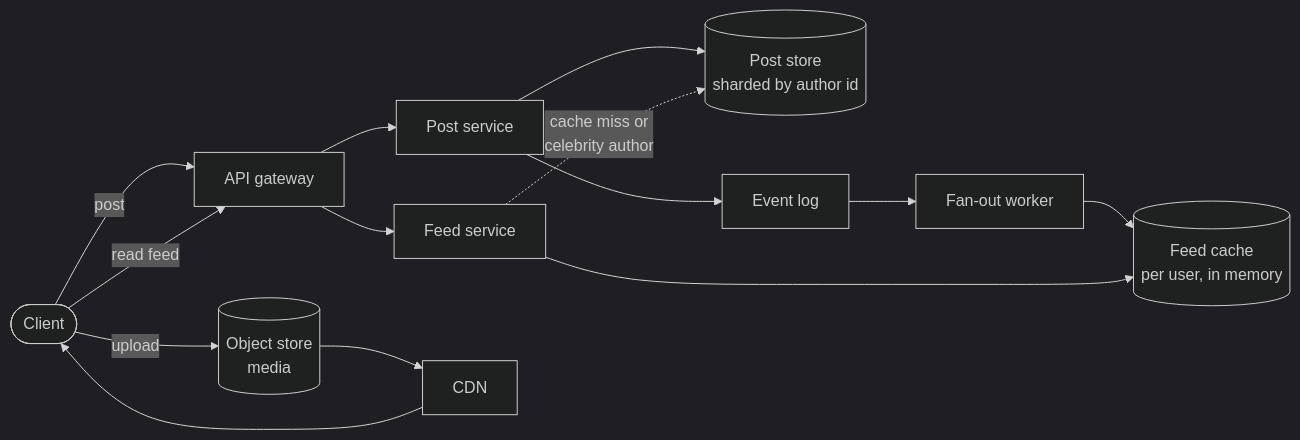
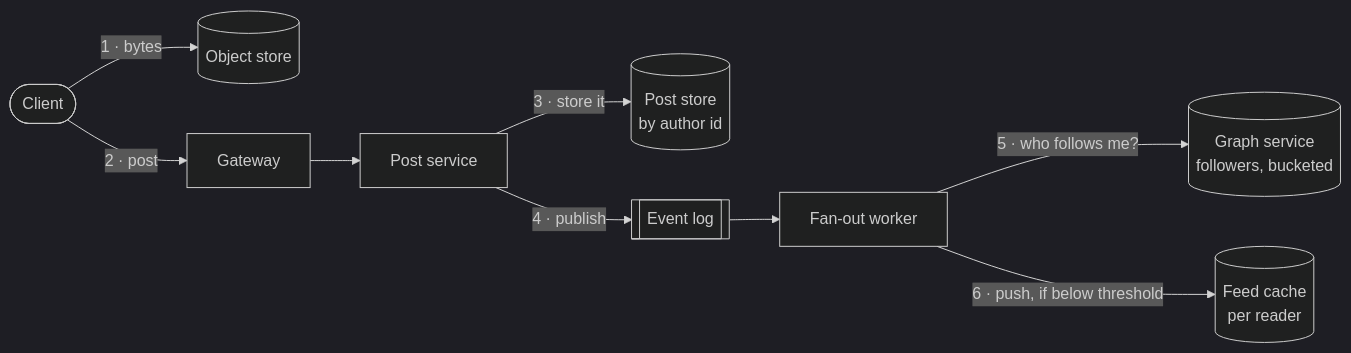
One commit to Laticent/lattice changed diagram 17 of 19 in examples/system-design-foundations.md. Above: the diagram before and after it, drawn with Mermaid (dark theme). The commit also changed other lines of this file and 2 other files, not shown here.

````diff
--- a/examples/system-design-foundations.md
+++ b/examples/system-design-foundations.md
@@ -2084,14 +2133,10 @@
 ```mermaid
 flowchart LR
-  C(["Client"]) -->|"upload"| OS[("Object store<br/>media")]
-  C -->|"post"| API["API gateway"]
-  API --> W["Post service"]
-  W --> PDB[("Post store<br/>sharded by author id")]
-  W --> Q["Event log"]
+  C(["Client"]) -->|"1 · bytes"| OS[("Object store")]
+  C -->|"2 · post"| API["Gateway"] --> W["Post service"]
+  W -->|"3 · store it"| PDB[("Post store<br/>by author id")]
+  W -->|"4 · publish"| Q[["Event log"]]
   Q --> FAN["Fan-out worker"]
-  FAN --> FC[("Feed cache<br/>per user, in memory")]
-  C -->|"read feed"| API --> FR["Feed service"]
-  FR --> FC
-  FR -.->|"cache miss or<br/>celebrity author"| PDB
-  OS --> CDN["CDN"] --> C
+  FAN -->|"5 · who follows me?"| GS[("Graph service<br/>followers, bucketed")]
+  FAN -->|"6 · push, if below threshold"| FC[("Feed cache<br/>per reader")]
 ```
````
